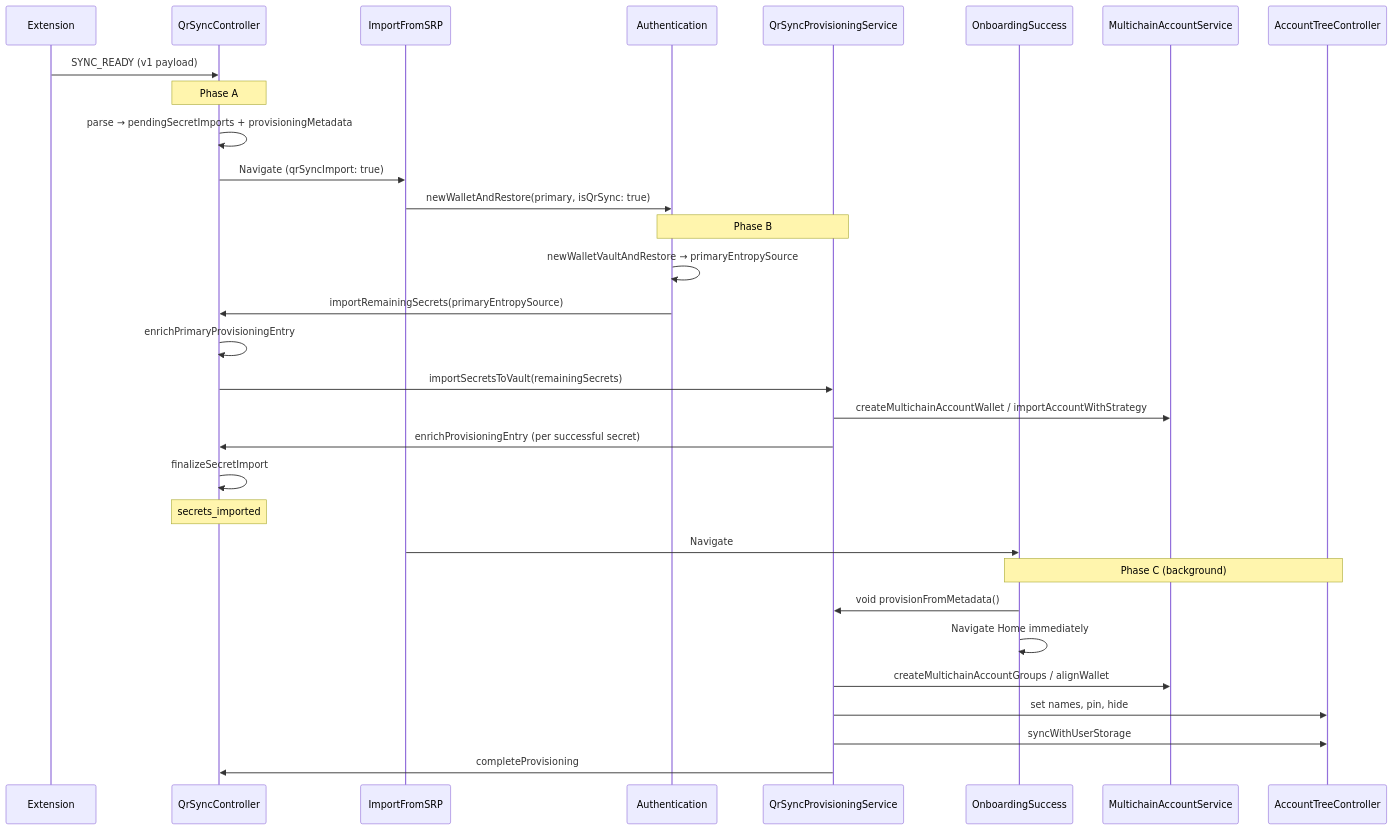
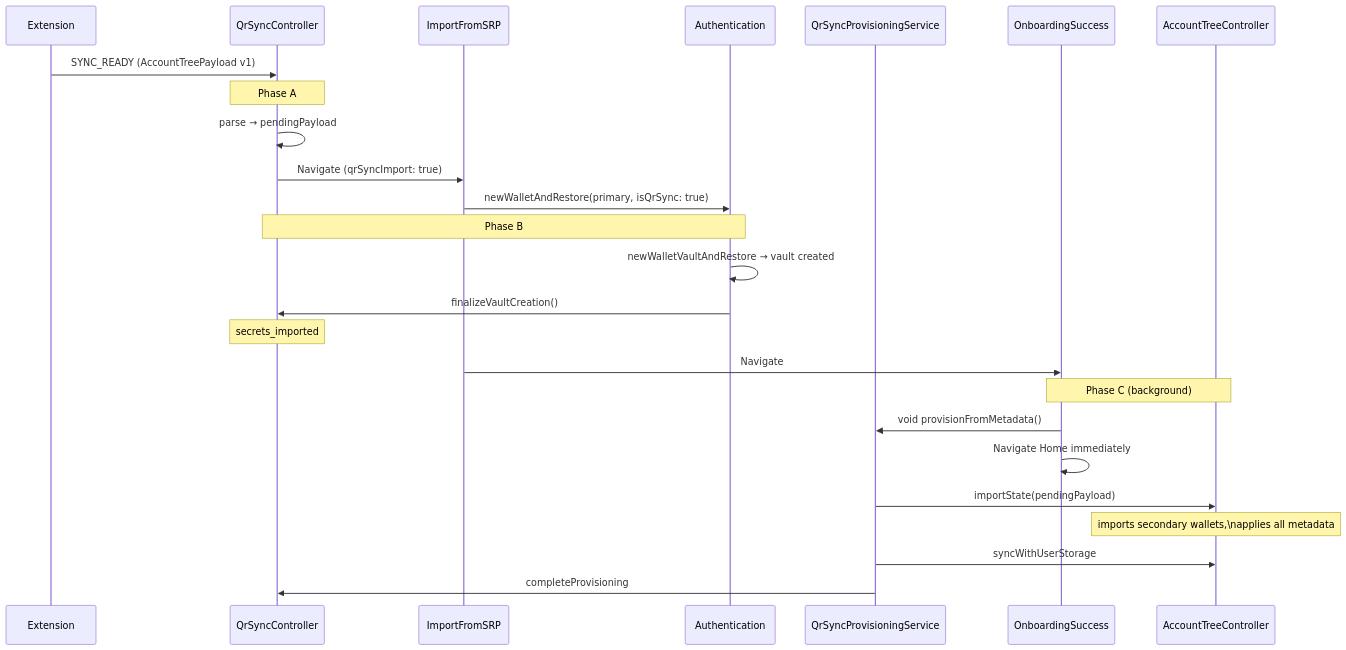
One commit to MetaMask/metamask-mobile changed the first of 4 diagrams in docs/qr-sync/provisioning-technical.md. Above: the diagram before and after it, drawn with Mermaid. The commit also changed other lines of this file and 1 other file, not shown here.

````diff
--- a/docs/qr-sync/provisioning-technical.md
+++ b/docs/qr-sync/provisioning-technical.md
@@ -118,36 +107,30 @@
 ```mermaid
 sequenceDiagram
     participant Ext as Extension
     participant QC as QrSyncController
     participant Import as ImportFromSRP
     participant Auth as Authentication
     participant Prov as QrSyncProvisioningService
     participant Success as OnboardingSuccess
-    participant MAS as MultichainAccountService
     participant ATC as AccountTreeController
 
-    Ext->>QC: SYNC_READY (v1 payload)
+    Ext->>QC: SYNC_READY (AccountTreePayload v1)
     Note over QC: Phase A
-    QC->>QC: parse → pendingSecretImports + provisioningMetadata
+    QC->>QC: parse → pendingPayload
     QC->>Import: Navigate (qrSyncImport: true)
 
     Import->>Auth: newWalletAndRestore(primary, isQrSync: true)
-    Note over Auth,Prov: Phase B
-    Auth->>Auth: newWalletVaultAndRestore → primaryEntropySource
-    Auth->>QC: importRemainingSecrets(primaryEntropySource)
-    QC->>QC: enrichPrimaryProvisioningEntry
-    QC->>Prov: importSecretsToVault(remainingSecrets)
-    Prov->>MAS: createMultichainAccountWallet / importAccountWithStrategy
-    Prov->>QC: enrichProvisioningEntry (per successful secret)
-    QC->>QC: finalizeSecretImport
+    Note over Auth,QC: Phase B
+    Auth->>Auth: newWalletVaultAndRestore → vault created
+    Auth->>QC: finalizeVaultCreation()
     Note over QC: secrets_imported
     Import->>Success: Navigate
 
     Note over Success,ATC: Phase C (background)
     Success->>Prov: void provisionFromMetadata()
     Success->>Success: Navigate Home immediately
-    Prov->>MAS: createMultichainAccountGroups / alignWallet
-    Prov->>ATC: set names, pin, hide
+    Prov->>ATC: importState(pendingPayload)
+    Note over ATC: imports secondary wallets,\napplies all metadata
     Prov->>ATC: syncWithUserStorage
     Prov->>QC: completeProvisioning
 ```
````
